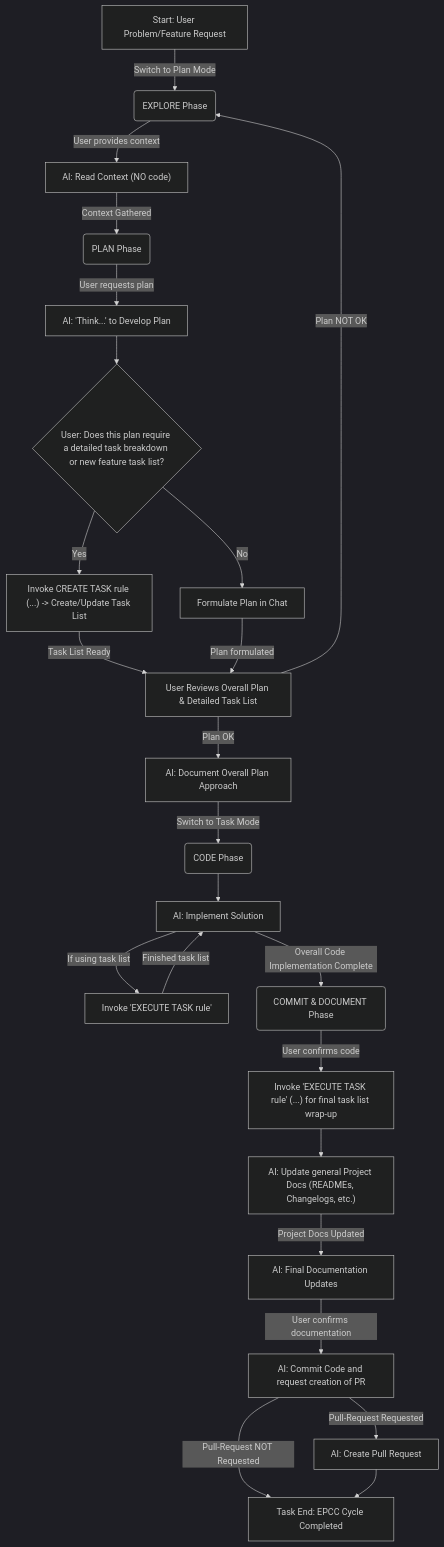
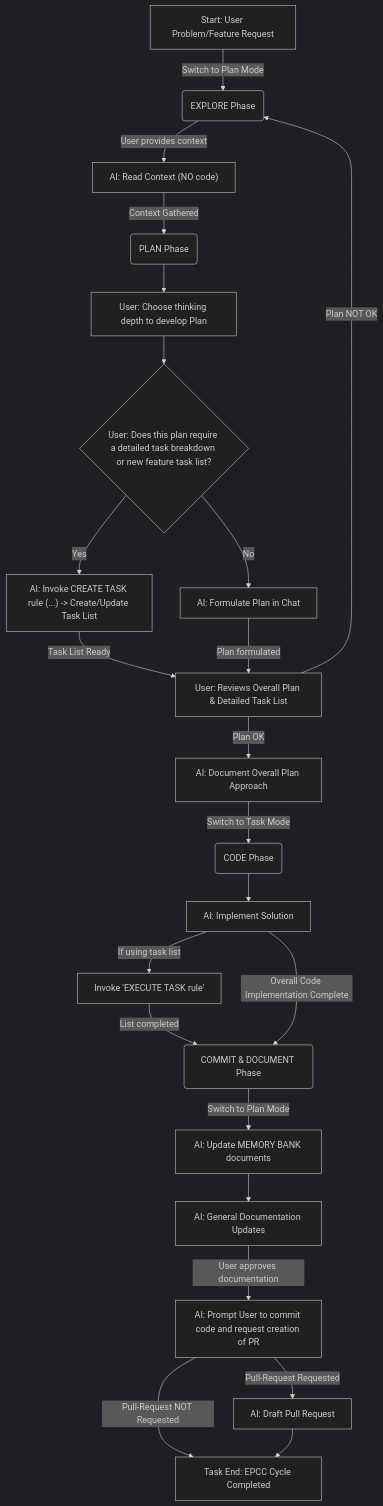
The diagram in .clinerules/epcc.md (5pirit5eal/swim-rag), drawn with Mermaid (dark theme) before and after one commit. The commit also changed other lines of this file and 1 other file, not shown here.

````diff
--- a/.clinerules/epcc.md
+++ b/.clinerules/epcc.md
@@ -12,26 +11,25 @@
 ```mermaid
 flowchart TD
     A["Start: User Problem/Feature Request"] -- Switch to Plan Mode --> B("EXPLORE Phase")
     B -- User provides context --> B1["AI: Read Context (NO code)"]
     B1 -- Context Gathered --> C("PLAN Phase")
-    C -- User requests plan --> C1["AI: 'Think...' to Develop Plan"]
+    C --> C1["User: Choose thinking depth to develop Plan"]
     C1 --> C2_Decision{"User: Does this plan require a detailed task breakdown or new feature task list?"}
-    C2_Decision -- Yes --> C2_InvokeTaskCreate["Invoke CREATE TASK rule (...) -> Create/Update Task List"]
-    C2_Decision -- No --> C2_DirectPlan["Formulate Plan in Chat"]
-    C2_InvokeTaskCreate -- Task List Ready --> C3["User Reviews Overall Plan & Detailed Task List"]
+    C2_Decision -- Yes --> C2_InvokeTaskCreate["AI: Invoke CREATE TASK rule (...) -> Create/Update Task List"]
+    C2_Decision -- No --> C2_DirectPlan["AI: Formulate Plan in Chat"]
+    C2_InvokeTaskCreate -- Task List Ready --> C3["User: Reviews Overall Plan & Detailed Task List"]
     C2_DirectPlan -- Plan formulated --> C3
     C3 -- Plan NOT OK --> B
     C3 -- Plan OK --> C3_Decision["AI: Document Overall Plan Approach"]
     C3_Decision -- Switch to Task Mode --> D("CODE Phase")
     D --> D1["AI: Implement Solution"]
     D1 -- If using task list --> D1_InvokeTaskExecute["Invoke 'EXECUTE TASK rule'"]
-    D1_InvokeTaskExecute -- Finished task list --> D1
-    D1 -- Overall Code Implementation Complete --> E("COMMIT & DOCUMENT Phase")
-    E -- User confirms code --> E1["Invoke 'EXECUTE TASK rule' (...) for final task list wrap-up"]
-    E1 --> E1_UpdateProjectDocs["AI: Update general Project Docs (READMEs, Changelogs, etc.)"]
-    E1_UpdateProjectDocs -- Project Docs Updated --> E2["AI: Final Documentation Updates"]
-    E2 -- User confirms documentation --> E3["AI: Commit Code and request creation of PR"]
-    E3 -- "Pull-Request Requested" --> E4["AI: Create Pull Request"]
+    D1_InvokeTaskExecute -- List completed --> E("COMMIT & DOCUMENT Phase")
+    D1 -- Overall Code Implementation Complete --> E
+    E -- "Switch to Plan Mode" --> E1["AI: Update MEMORY BANK documents"]
+    E1 --> E2["AI: General Documentation Updates"]
+    E2 -- User approves documentation --> E3["AI: Prompt User to commit code and request creation of PR"]
+    E3 -- "Pull-Request Requested" --> E4["AI: Draft Pull Request"]
     E3 -- "Pull-Request NOT Requested" --> F
     E4 --> F["Task End: EPCC Cycle Completed"]
 ```
````
